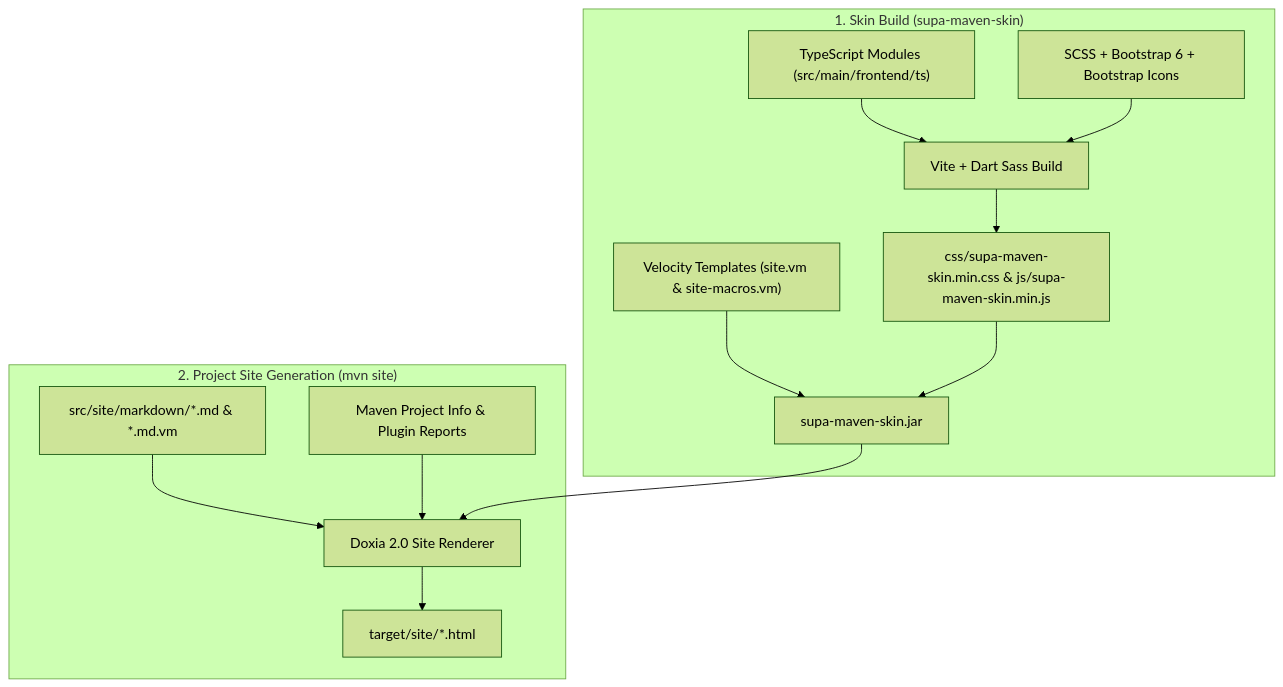
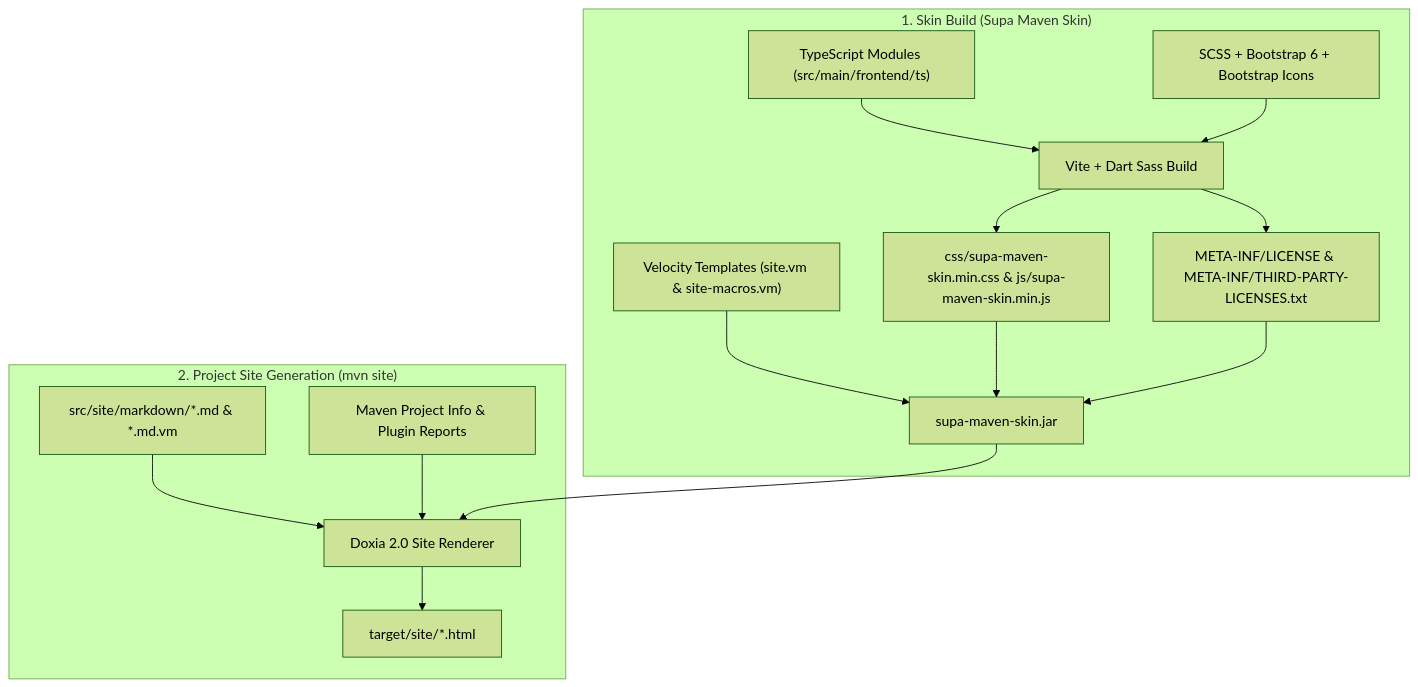
Before and after one commit to mepcotterell/supa-maven-skin: the diagram in src/site/markdown/architecture.md, drawn with Mermaid (forest theme). The commit also changed other lines of this file and 36 other files, not shown here.

Commit message:
feat: support all 12 Furo admonitions, bundle META-INF licenses, center sidebar brand, and enforce Google TS & docs linters

````diff
--- a/src/site/markdown/architecture.md
+++ b/src/site/markdown/architecture.md
@@ -11,16 +11,18 @@
 ```mermaid
 flowchart TD
-    subgraph SkinBuild["1. Skin Build (supa-maven-skin)"]
+    subgraph SkinBuild["1. Skin Build (Supa Maven Skin)"]
       TS["TypeScript Modules (src/main/frontend/ts)"] --> Vite["Vite + Dart Sass Build"]
       SCSS["SCSS + Bootstrap 6 + Bootstrap Icons"] --> Vite
       Vite --> Assets["css/supa-maven-skin.min.css & js/supa-maven-skin.min.js"]
+      Vite --> Licenses["META-INF/LICENSE & META-INF/THIRD-PARTY-LICENSES.txt"]
       VM["Velocity Templates (site.vm & site-macros.vm)"] --> JAR["supa-maven-skin.jar"]
       Assets --> JAR
+      Licenses --> JAR
     end
     subgraph ConsumerSite["2. Project Site Generation (mvn site)"]
       MD["src/site/markdown/*.md & *.md.vm"] --> Doxia["Doxia 2.0 Site Renderer"]
       Reports["Maven Project Info & Plugin Reports"] --> Doxia
       JAR --> Doxia
       Doxia --> HTML["target/site/*.html"]
     end
 ```
````
